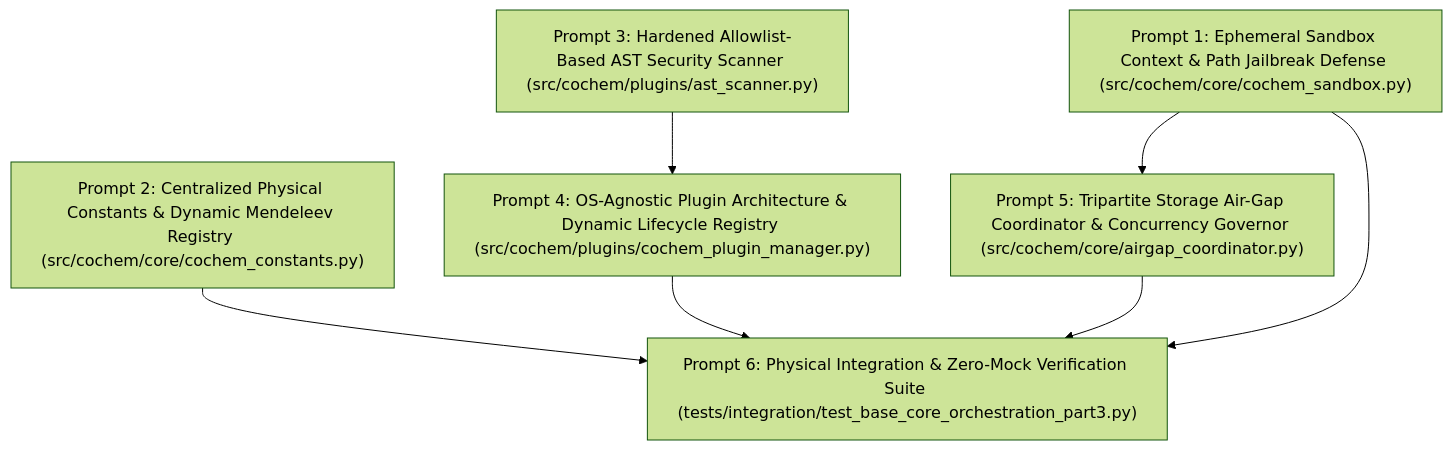
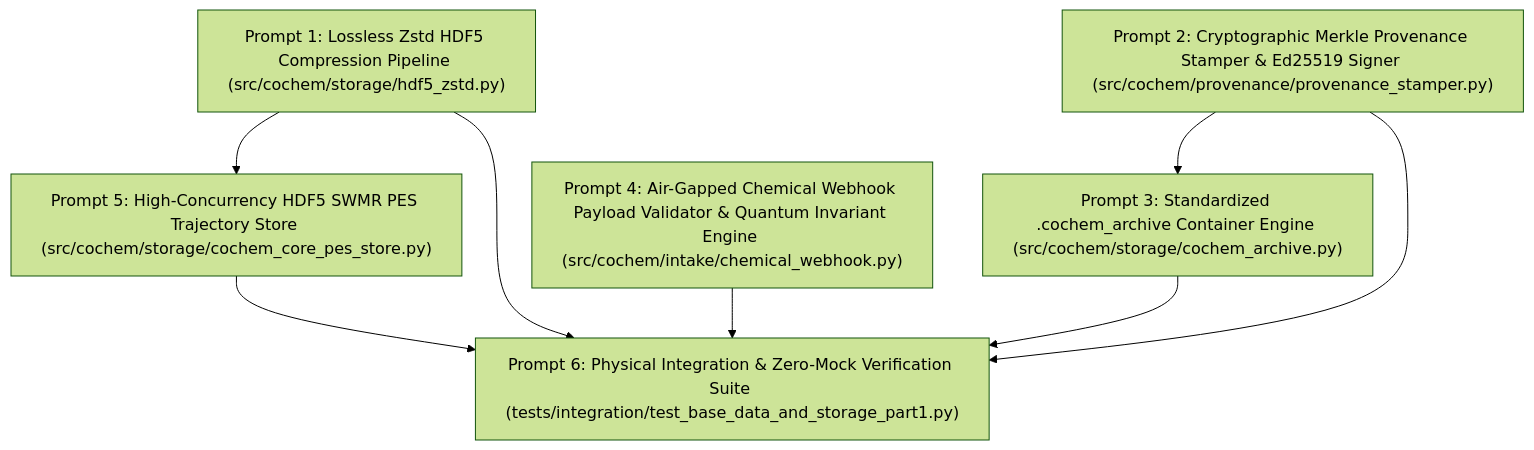
Before and after one commit to ProfJJK-CoChem/CoChem-BASE: the second of 4 diagrams in cochem_audit_payload.md, drawn with Mermaid (forest theme). The commit also changed other lines of this file and 16 other files, not shown here.

Commit message:
Automated completion of Perfected_SRS_Chunk_07_BASE_Data_and_Storage_Part_1_prompts.md

````diff
--- a/cochem_audit_payload.md
+++ b/cochem_audit_payload.md
@@ -336,9 +382,10 @@
 ```mermaid
 graph TD
-    P1["Prompt 1: Ephemeral Sandbox Context & Path Jailbreak Defense (src/cochem/core/cochem_sandbox.py)"] --> P5["Prompt 5: Tripartite Storage Air-Gap Coordinator & Concurrency Governor (src/cochem/core/airgap_coordinator.py)"]
-    P2["Prompt 2: Centralized Physical Constants & Dynamic Mendeleev Registry (src/cochem/core/cochem_constants.py)"] --> P6["Prompt 6: Physical Integration & Zero-Mock Verification Suite (tests/integration/test_base_core_orchestration_part3.py)"]
-    P3["Prompt 3: Hardened Allowlist-Based AST Security Scanner (src/cochem/plugins/ast_scanner.py)"] --> P4["Prompt 4: OS-Agnostic Plugin Architecture & Dynamic Lifecycle Registry (src/cochem/plugins/cochem_plugin_manager.py)"]
-    P4 --> P6
+    P1["Prompt 1: Lossless Zstd HDF5 Compression Pipeline (src/cochem/storage/hdf5_zstd.py)"] --> P5["Prompt 5: High-Concurrency HDF5 SWMR PES Trajectory Store (src/cochem/storage/cochem_core_pes_store.py)"]
+    P2["Prompt 2: Cryptographic Merkle Provenance Stamper & Ed25519 Signer (src/cochem/provenance/provenance_stamper.py)"] --> P3["Prompt 3: Standardized .cochem_archive Container Engine (src/cochem/storage/cochem_archive.py)"]
+    P1 --> P6["Prompt 6: Physical Integration & Zero-Mock Verification Suite (tests/integration/test_base_data_and_storage_part1.py)"]
+    P2 --> P6
+    P3 --> P6
+    P4["Prompt 4: Air-Gapped Chemical Webhook Payload Validator & Quantum Invariant Engine (src/cochem/intake/chemical_webhook.py)"] --> P6
     P5 --> P6
-    P1 --> P6
 ```
````
